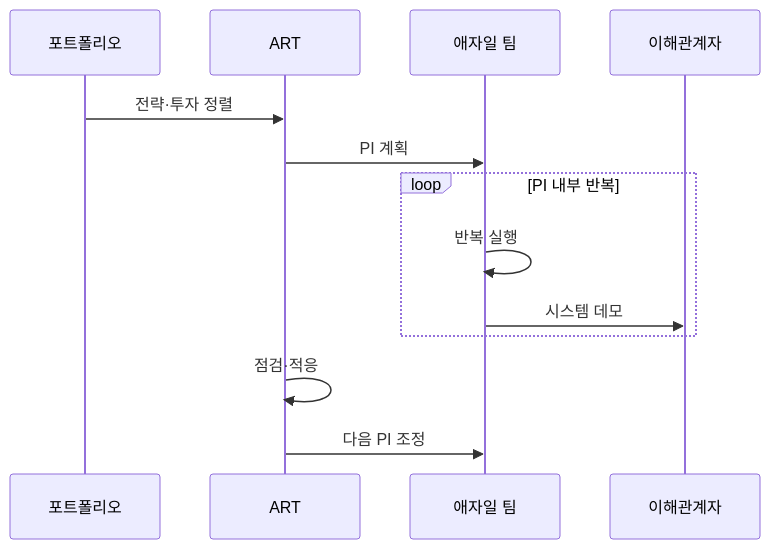
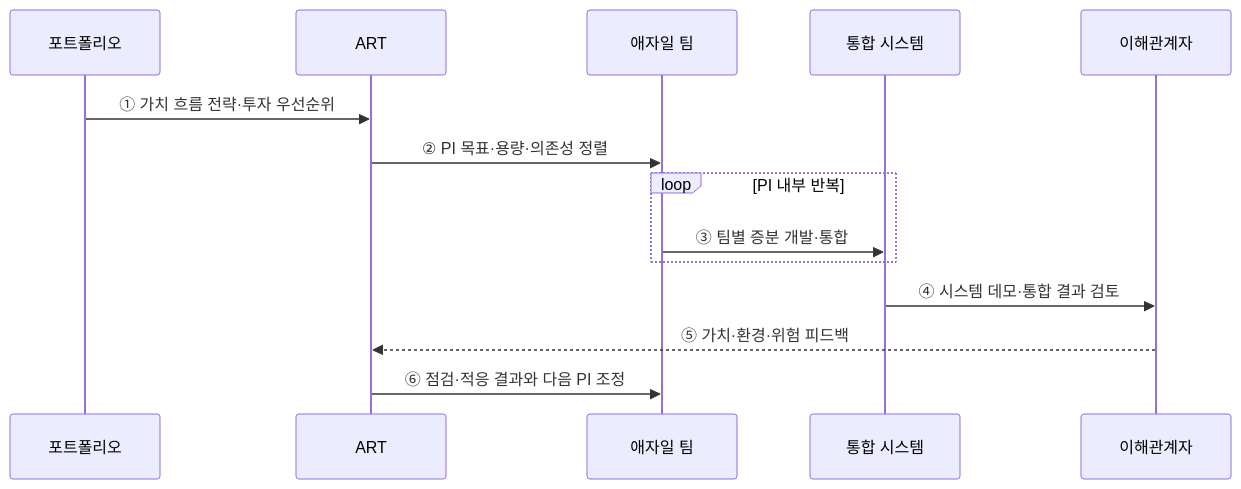
Before and after one commit to agnusdei1207/knowledge-base: the second of 2 diagrams in src/content/docs/notes/03-software/033_scaled_agile_framework.md, drawn with Mermaid. The commit also changed other lines of this file and 20 other files, not shown here.

````diff
--- a/src/content/docs/notes/03-software/033_scaled_agile_framework.md
+++ b/src/content/docs/notes/03-software/033_scaled_agile_framework.md
@@ -90,15 +82,16 @@
 ```mermaid
 sequenceDiagram
     participant P as 포트폴리오
     participant A as ART
     participant T as 애자일 팀
+    participant I as 통합 시스템
     participant S as 이해관계자
-    P->>A: 전략·투자 정렬
-    A->>T: PI 계획
+    P->>A: ① 가치 흐름 전략·투자 우선순위
+    A->>T: ② PI 목표·용량·의존성 정렬
     loop PI 내부 반복
-        T->>T: 반복 실행
-        T->>S: 시스템 데모
+        T->>I: ③ 팀별 증분 개발·통합
     end
-    A->>A: 점검·적응
-    A->>T: 다음 PI 조정
+    I->>S: ④ 시스템 데모·통합 결과 검토
+    S-->>A: ⑤ 가치·환경·위험 피드백
+    A->>T: ⑥ 점검·적응 결과와 다음 PI 조정
 ```
````
